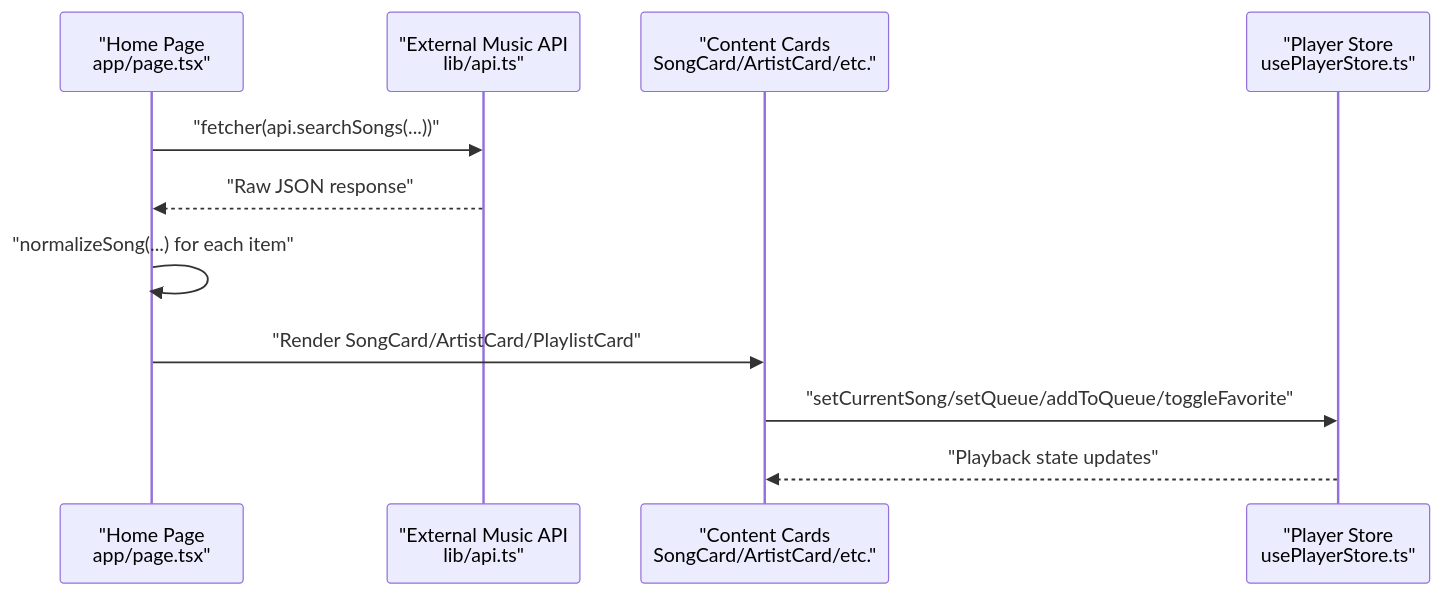
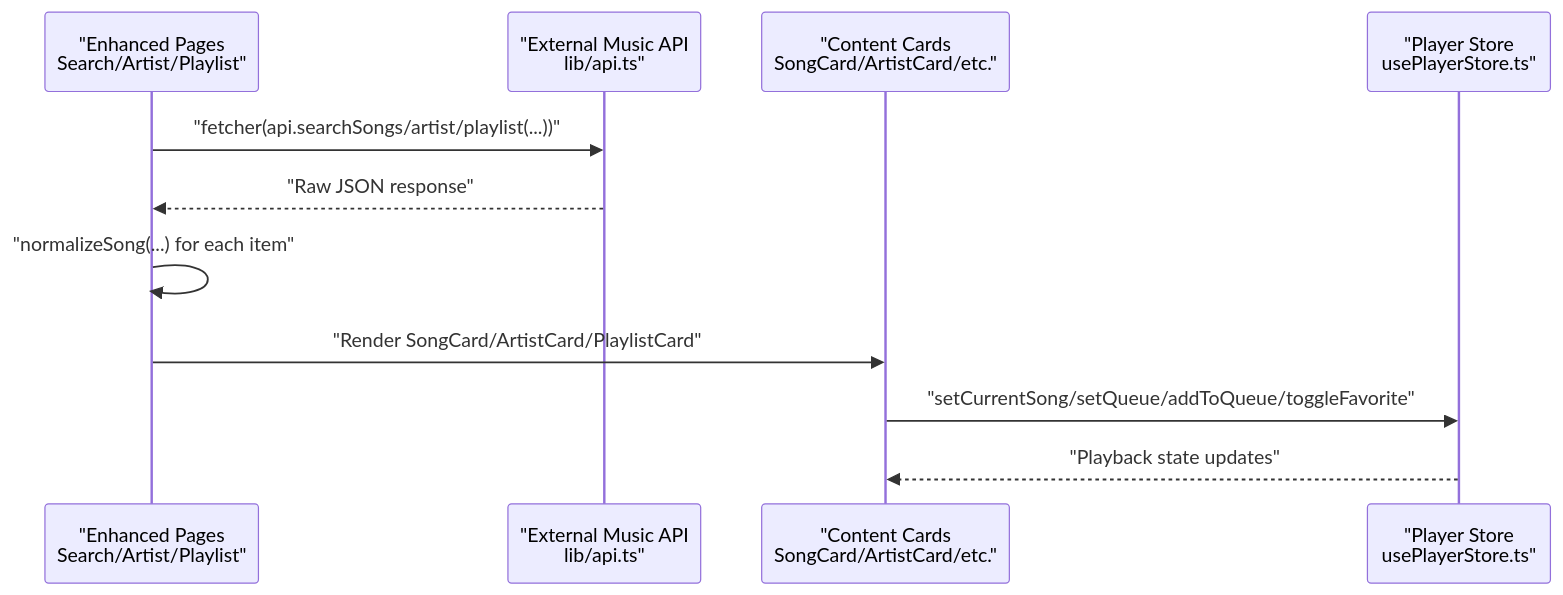
One commit to moindestiny/SonicStream changed the second of 13 diagrams in .qoder/repowiki/en/content/Core Features/Music Discovery.md. Above: the diagram before and after it, drawn with Mermaid. The commit also changed other lines of this file and 5 other files, not shown here.

````diff
--- a/.qoder/repowiki/en/content/Core Features/Music Discovery.md
+++ b/.qoder/repowiki/en/content/Core Features/Music Discovery.md
@@ -103,13 +142,13 @@
 ```mermaid
 sequenceDiagram
-participant UI as "Home Page<br/>app/page.tsx"
+participant UI as "Enhanced Pages<br/>Search/Artist/Playlist"
 participant API as "External Music API<br/>lib/api.ts"
 participant Card as "Content Cards<br/>SongCard/ArtistCard/etc."
 participant Store as "Player Store<br/>usePlayerStore.ts"
-UI->>API : "fetcher(api.searchSongs(...))"
+UI->>API : "fetcher(api.searchSongs/artist/playlist(...))"
 API-->>UI : "Raw JSON response"
 UI->>UI : "normalizeSong(...) for each item"
 UI->>Card : "Render SongCard/ArtistCard/PlaylistCard"
 Card->>Store : "setCurrentSong/setQueue/addToQueue/toggleFavorite"
 Store-->>Card : "Playback state updates"
 ```
````
